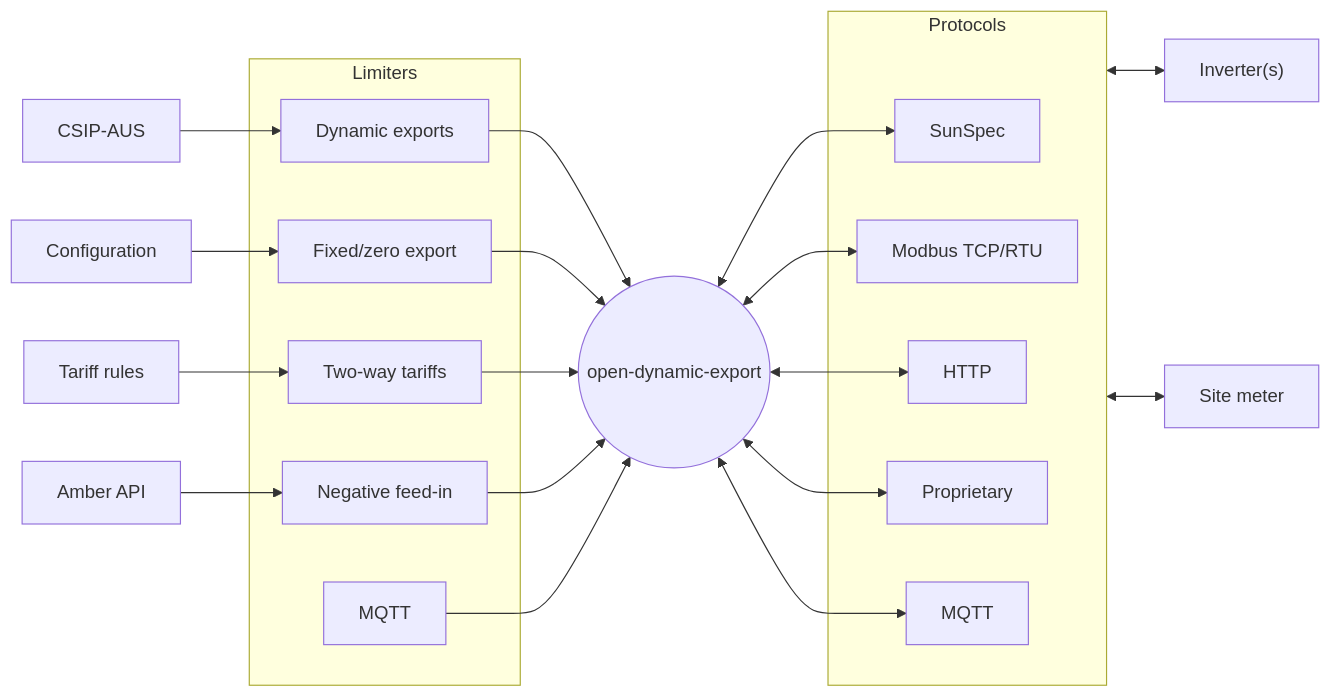
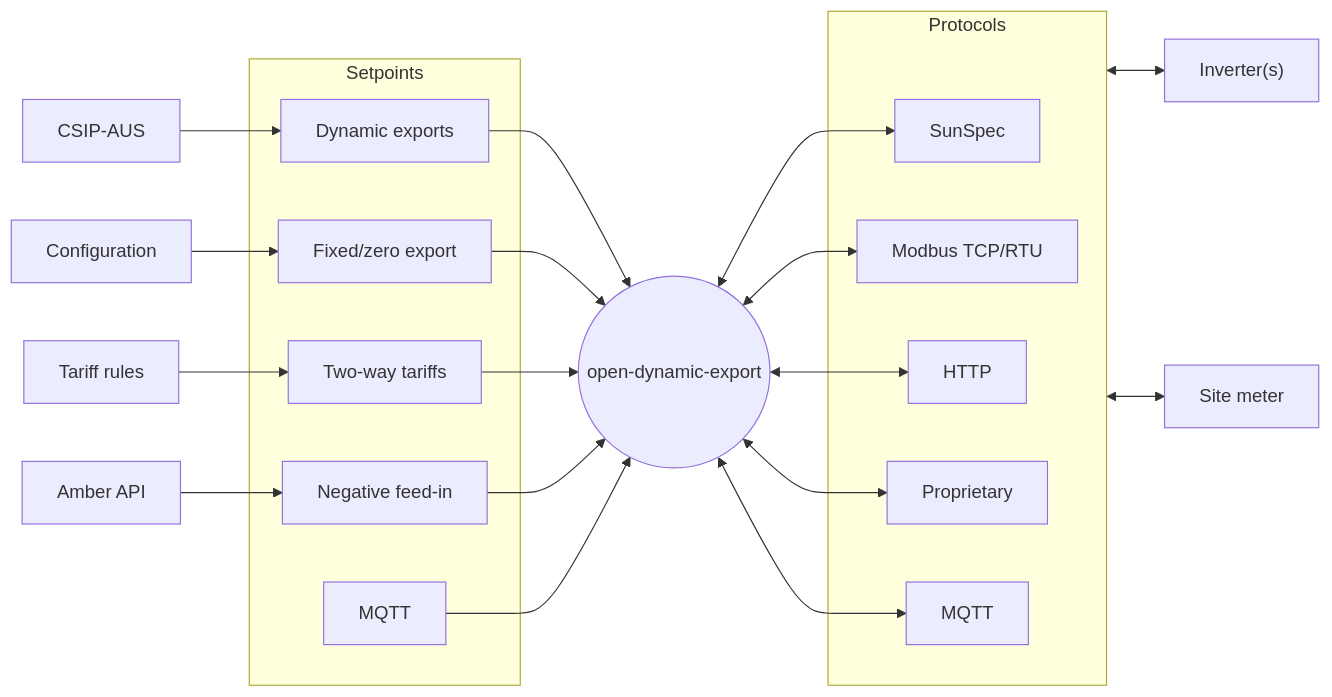
Before and after one commit to longzheng/open-dynamic-export: the diagram in docs/guide/index.md, drawn with Mermaid. The commit also changed other lines of this file and 20 other files, not shown here.

Commit message:
WIP renaming limiters to setpoints

````diff
--- a/docs/guide/index.md
+++ b/docs/guide/index.md
@@ -13,30 +13,30 @@
 ```mermaid
 flowchart LR
     ODE(("open-dynamic-export"))
     I["Inverter(s)"]
     M["Site meter"]
 
     CSIP-AUS --> DC
     DC & F & T & NFI & MQTTL --> ODE
     Configuration --> F
     A["Amber API"] --> NFI
     R["Tariff rules"] --> T
     ODE <--> SunSpec & Modbus & HTTP & Proprietary & MQTT
     Protocols <--> I & M
 
-    subgraph Limiters
+    subgraph Setpoints
     DC["Dynamic exports"]
     F["Fixed/zero export"]
     T["Two-way tariffs"]
     NFI["Negative feed-in"]
     MQTTL["MQTT"]
     end
 
     subgraph Protocols
     SunSpec
     Modbus["Modbus TCP/RTU"]
     HTTP
     MQTT
     Proprietary
     end
 ```
````
